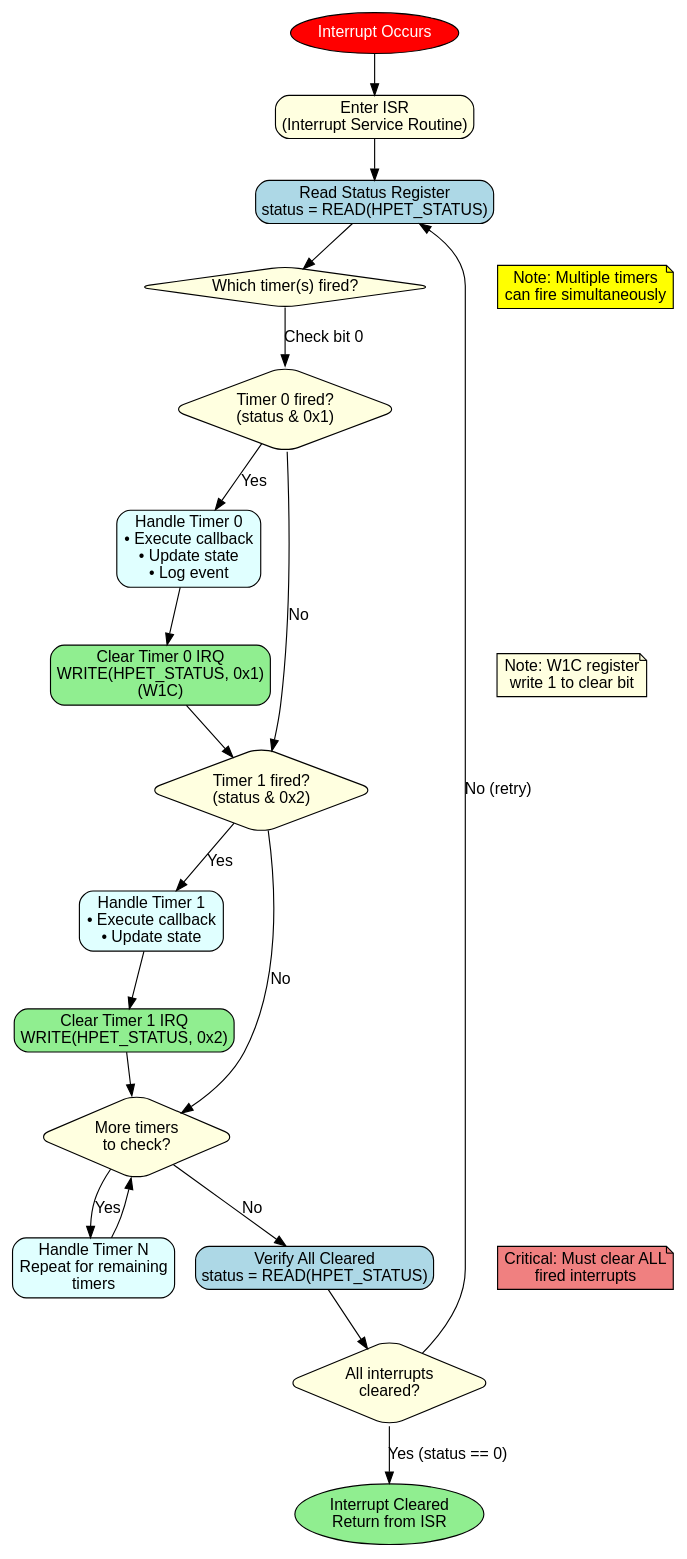
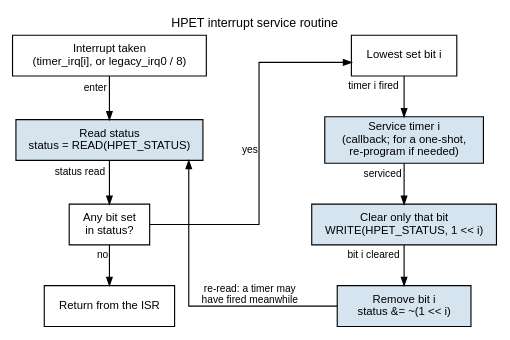
One commit to sean-galloway/RTLDesignSherpa changed the diagram in projects/components/legacy-ip/retro_legacy_blocks/docs/hpet_mas/assets/graphviz/interrupt_handling.dot. Above: the diagram before and after it, drawn with Graphviz. The commit also changed 323 other files, not shown here.

```diff
--- a/projects/components/legacy-ip/retro_legacy_blocks/docs/hpet_mas/assets/graphviz/interrupt_handling.dot
+++ b/projects/components/legacy-ip/retro_legacy_blocks/docs/hpet_mas/assets/graphviz/interrupt_handling.dot
@@ -1,65 +1,36 @@
-// HPET Interrupt Handling Flow
-// Render with: dot -Tpng interrupt_handling.dot -o interrupt_handling.png
+// HPET interrupt service flow - a procedure in the house decision-tree
+// vocabulary (white questions, blue actions, every arrow labeled).
+// HPET_STATUS is W1C per bit (rtl/hpet/hpet_config_regs.sv): a write clears
+// only the bits written with 1, so a timer that fires after the read keeps
+// its bit for the next pass.
+digraph interrupt_handling {
+    graph [rankdir=TB, bgcolor="white", fontname="Helvetica", fontsize=11,
+           nodesep="0.45", ranksep="0.50", splines=ortho, newrank=true,
+           label="HPET interrupt service routine", labelloc=t, labeljust=c];
+    node  [fontname="Helvetica", fontsize=10, shape=box, style=filled,
+           fillcolor="#D6E4F0", color="black", margin="0.12,0.06"];
+    edge  [fontname="Helvetica", fontsize=9, color="black", arrowsize=0.7];
+    start [group=A, label="Interrupt taken\n(timer_irq[i], or legacy_irq0 / 8)", fillcolor="white"];
+    rd    [group=A, label="Read status\nstatus = READ(HPET_STATUS)"];
+    any   [group=A, label="Any bit set\nin status?", fillcolor="white"];
+    done  [group=A, label="Return from the ISR", fillcolor="white"];
+    pick  [group=B, label="Lowest set bit i", fillcolor="white"];
+    hnd   [group=B, label="Service timer i\n(callback; for a one-shot,\nre-program if needed)"];
+    clr   [group=B, label="Clear only that bit\nWRITE(HPET_STATUS, 1 << i)"];
+    nxt   [group=B, label="Remove bit i\nstatus &= ~(1 << i)"];
 
-digraph interrupt_handling {
-    rankdir=TB;
-    node [shape=box, style="rounded,filled", fillcolor=lightblue, fontname="Arial"];
-    edge [fontname="Arial"];
+    start -> rd   [xlabel="enter"];
+    rd    -> any  [xlabel="status read"];
+    any   -> done [xlabel="no"];
+    any   -> pick [xlabel="yes"];
+    pick  -> hnd  [xlabel="timer i fired"];
+    hnd   -> clr  [xlabel="serviced"];
+    clr   -> nxt  [xlabel="bit i cleared"];
+    nxt   -> rd   [xlabel="re-read: a timer may\nhave fired meanwhile", constraint=false];
 
-    start [label="Interrupt Occurs", shape=ellipse, fillcolor=red, fontcolor=white];
-    end [label="Interrupt Cleared\nReturn from ISR", shape=ellipse, fillcolor=lightgreen];
-
-    start -> isr_entry;
-
-    isr_entry [label="Enter ISR\n(Interrupt Service Routine)", fillcolor=lightyellow];
-    isr_entry -> read_status;
-
-    read_status [label="Read Status Register\nstatus = READ(HPET_STATUS)"];
-    read_status -> check_timers;
-
-    check_timers [label="Which timer(s) fired?", shape=diamond, fillcolor=lightyellow];
-    check_timers -> timer0_check [label="Check bit 0"];
-
-    timer0_check [label="Timer 0 fired?\n(status & 0x1)", shape=diamond, fillcolor=lightyellow];
-    timer0_check -> handle_timer0 [label="Yes"];
-    timer0_check -> timer1_check [label="No"];
-
-    handle_timer0 [label="Handle Timer 0\n• Execute callback\n• Update state\n• Log event", fillcolor=lightcyan];
-    handle_timer0 -> clear_timer0;
-
-    clear_timer0 [label="Clear Timer 0 IRQ\nWRITE(HPET_STATUS, 0x1)\n(W1C)", fillcolor=lightgreen];
-    clear_timer0 -> timer1_check;
-
-    timer1_check [label="Timer 1 fired?\n(status & 0x2)", shape=diamond, fillcolor=lightyellow];
-    timer1_check -> handle_timer1 [label="Yes"];
-    timer1_check -> timer2_check [label="No"];
-
-    handle_timer1 [label="Handle Timer 1\n• Execute callback\n• Update state", fillcolor=lightcyan];
-    handle_timer1 -> clear_timer1;
-
-    clear_timer1 [label="Clear Timer 1 IRQ\nWRITE(HPET_STATUS, 0x2)", fillcolor=lightgreen];
-    clear_timer1 -> timer2_check;
-
-    timer2_check [label="More timers\nto check?", shape=diamond, fillcolor=lightyellow];
-    timer2_check -> handle_timerN [label="Yes"];
-    timer2_check -> verify_clear [label="No"];
-
-    handle_timerN [label="Handle Timer N\nRepeat for remaining\ntimers", fillcolor=lightcyan];
-    handle_timerN -> timer2_check;
-
-    verify_clear [label="Verify All Cleared\nstatus = READ(HPET_STATUS)"];
-    verify_clear -> all_clear;
-
-    all_clear [label="All interrupts\ncleared?", shape=diamond, fillcolor=lightyellow];
-    all_clear -> end [label="Yes (status == 0)"];
-    all_clear -> read_status [label="No (retry)"];
-
-    // Notes
-    note1 [label="Note: Multiple timers\ncan fire simultaneously", shape=note, fillcolor=yellow, style=filled];
-    note2 [label="Note: W1C register\nwrite 1 to clear bit", shape=note, fillcolor=lightyellow, style=filled];
-    note3 [label="Critical: Must clear ALL\nfired interrupts", shape=note, fillcolor=lightcoral, style=filled];
-
-    {rank=same; check_timers; note1;}
-    {rank=same; clear_timer0; note2;}
-    {rank=same; verify_clear; note3;}
+    { rank=same; start; pick; }
+    { rank=same; rd; hnd; }
+    { rank=same; any; clr; }
+    { rank=same; done; nxt; }
+    start -> pick [style=invis, minlen=4];
 }
```
